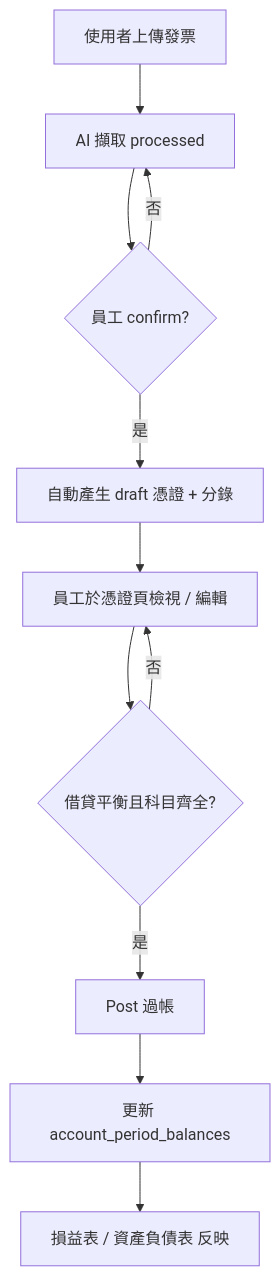
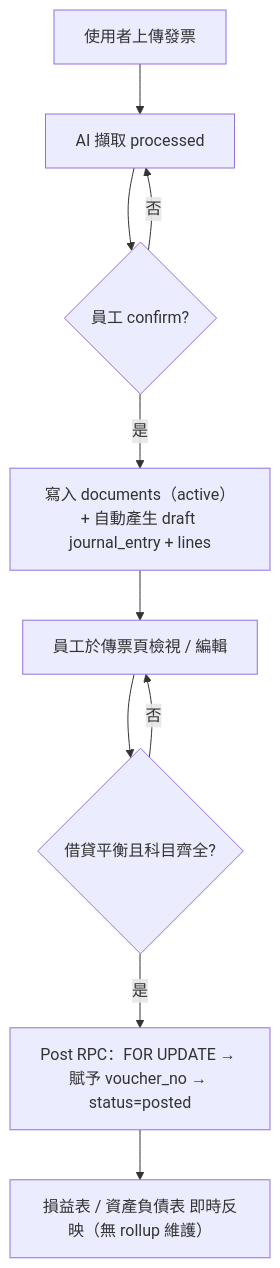
The first of 5 diagrams in docs/VOUCHER_JOURNAL_ENTRY_PLAN.md (angineering-co/ai-accounting-app), drawn with Mermaid before and after one commit. The commit also changed other lines of this file and 1 other file, not shown here.

First line of the commit message:
Restructure voucher/journal entry plan around documents+entries+lines

````diff
--- a/docs/VOUCHER_JOURNAL_ENTRY_PLAN.md
+++ b/docs/VOUCHER_JOURNAL_ENTRY_PLAN.md
@@ -225,13 +304,12 @@
 ```mermaid
 flowchart TD
   A[使用者上傳發票] --> B[AI 擷取 processed]
   B --> C{員工 confirm?}
   C -->|否| B
-  C -->|是| D[自動產生 draft 憑證 + 分錄]
-  D --> E[員工於憑證頁檢視 / 編輯]
+  C -->|是| D[寫入 documents（active）<br/>+ 自動產生 draft journal_entry + lines]
+  D --> E[員工於傳票頁檢視 / 編輯]
   E --> F{借貸平衡且科目齊全?}
   F -->|否| E
-  F -->|是| G[Post 過帳]
-  G --> H[更新 account_period_balances]
-  H --> I[損益表 / 資產負債表 反映]
+  F -->|是| G[Post RPC：FOR UPDATE → 賦予 voucher_no → status=posted]
+  G --> I[損益表 / 資產負債表 即時反映（無 rollup 維護）]
 ```
````
